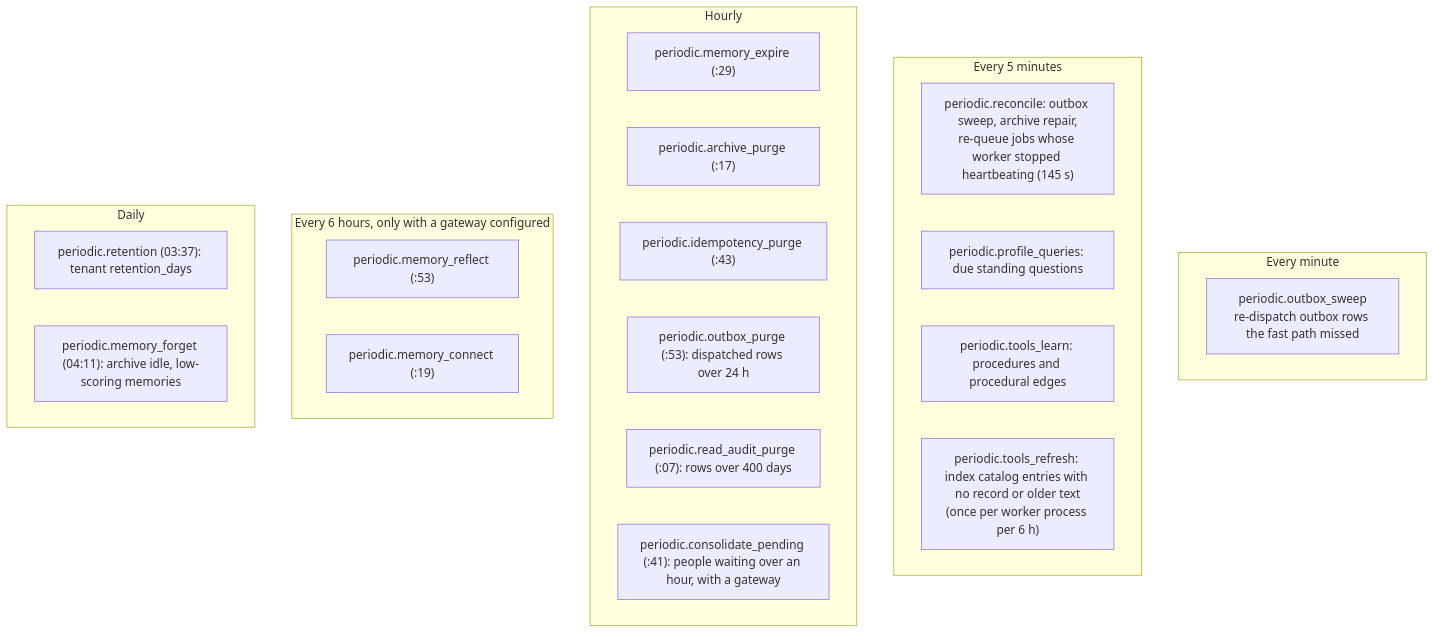
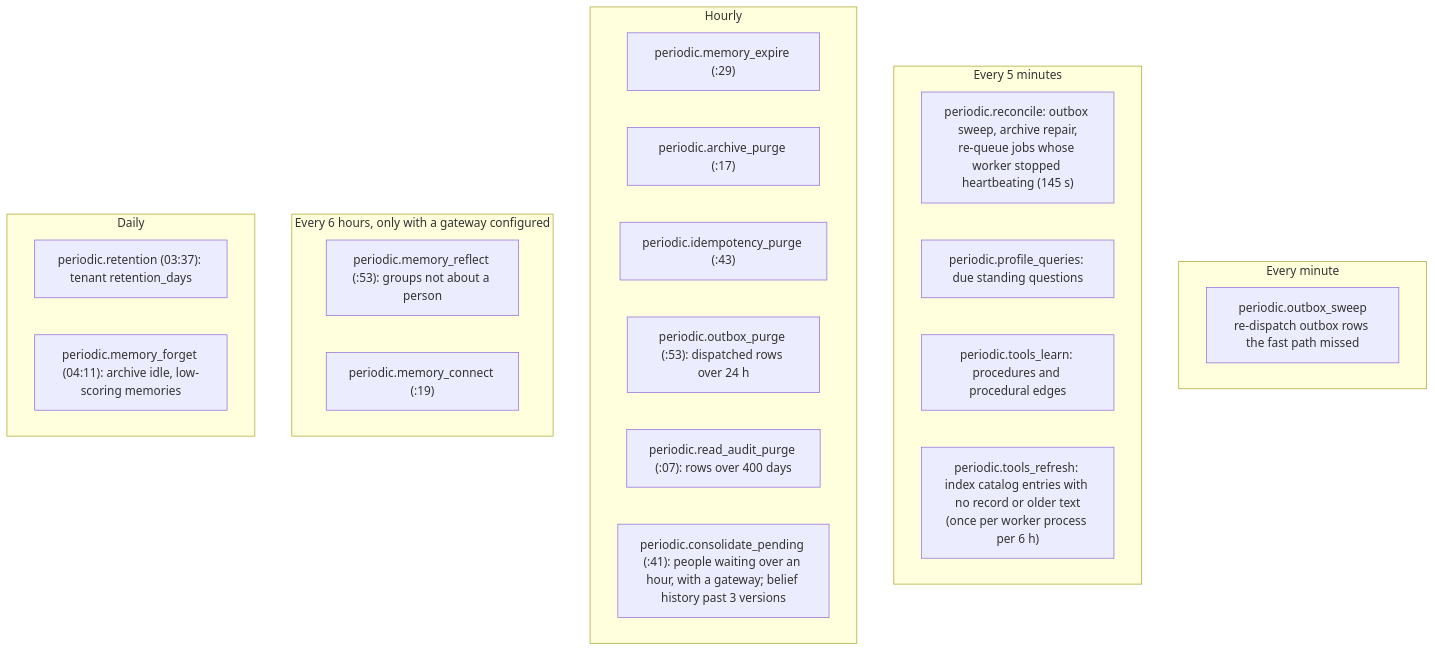
Before and after one commit to amitmohapatra/agent-memory-service: the second of 2 diagrams in docs/guide/11-operations.md, drawn with Mermaid. The commit also changed 26 other files, not shown here.

````diff
--- a/docs/guide/11-operations.md
+++ b/docs/guide/11-operations.md
@@ -210,28 +210,28 @@
 ```mermaid
 flowchart TB
   subgraph minute[Every minute]
     OS["periodic.outbox_sweep<br/>re-dispatch outbox rows the fast path missed"]
   end
   subgraph five[Every 5 minutes]
     RC["periodic.reconcile: outbox sweep, archive repair,<br/>re-queue jobs whose worker stopped heartbeating (145 s)"]
     PQ["periodic.profile_queries: due standing questions"]
     TL["periodic.tools_learn: procedures and procedural edges"]
     TR["periodic.tools_refresh: index catalog entries with no record or older text<br/>(once per worker process per 6 h)"]
   end
   subgraph hourly[Hourly]
     EX["periodic.memory_expire (:29)"]
     AP["periodic.archive_purge (:17)"]
     IP["periodic.idempotency_purge (:43)"]
     OP["periodic.outbox_purge (:53): dispatched rows over 24 h"]
     RA["periodic.read_audit_purge (:07): rows over 400 days"]
-    CP["periodic.consolidate_pending (:41): people waiting over an hour, with a gateway"]
+    CP["periodic.consolidate_pending (:41): people waiting over an hour, with a gateway; belief history past 3 versions"]
   end
   subgraph six[Every 6 hours, only with a gateway configured]
-    RF["periodic.memory_reflect (:53)"]
+    RF["periodic.memory_reflect (:53): groups not about a person"]
     CN["periodic.memory_connect (:19)"]
   end
   subgraph daily[Daily]
     RT["periodic.retention (03:37): tenant retention_days"]
     FG["periodic.memory_forget (04:11): archive idle, low-scoring memories"]
   end
 ```
````
